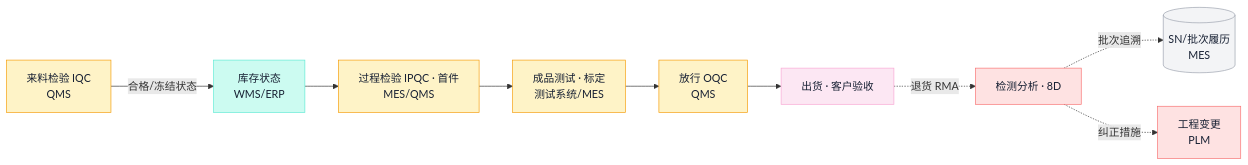
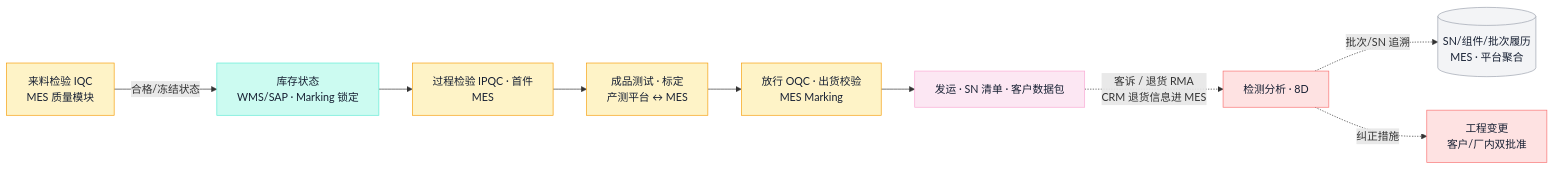
One commit to ink-hz/AI-Manufacturing-Platform changed the seventh of 18 diagrams in docs/manufacturing-system-handbook.md. Above: the diagram before and after it, drawn with Mermaid. The commit also changed other lines of this file and 9 other files, not shown here.

First line of the commit message:
docs: OEM revision of handbook, architecture, flows and design document

````diff
--- a/docs/manufacturing-system-handbook.md
+++ b/docs/manufacturing-system-handbook.md
@@ -242,21 +449,21 @@
 ```mermaid
 flowchart LR
-    IQC[来料检验 IQC<br/>QMS] -->|合格/冻结状态| STK[库存状态<br/>WMS/ERP]
-    STK --> IPQC[过程检验 IPQC · 首件<br/>MES/QMS]
-    IPQC --> FT[成品测试 · 标定<br/>测试系统/MES]
-    FT --> REL[放行 OQC<br/>QMS]
-    REL --> SHIP[出货 · 客户验收]
-    SHIP -.退货 RMA.-> ANA[检测分析 · 8D]
-    ANA -.批次追溯.-> TRACE[(SN/批次履历<br/>MES)]
-    ANA -.纠正措施.-> ECO2[工程变更<br/>PLM]
-    class IQC,IPQC,FT,REL qa
+    IQC2["来料检验 IQC<br/>MES 质量模块"] -->|"合格/冻结状态"| STK["库存状态<br/>WMS/SAP · Marking 锁定"]
+    STK --> IPQC2["过程检验 IPQC · 首件<br/>MES"]
+    IPQC2 --> FT["成品测试 · 标定<br/>产测平台 ↔ MES"]
+    FT --> REL["放行 OQC · 出货校验<br/>MES Marking"]
+    REL --> SHIP["发运 · SN 清单 · 客户数据包"]
+    SHIP -.->|"客诉 / 退货 RMA<br/>CRM 退货信息进 MES"| ANA["检测分析 · 8D"]
+    ANA -.->|"批次/SN 追溯"| TRACE[("SN/组件/批次履历<br/>MES · 平台聚合")]
+    ANA -.->|"纠正措施"| ECN2["工程变更<br/>客户/厂内双批准"]
+    class IQC2,IPQC2,FT,REL qa
     class STK flow
     class SHIP cust
-    class ANA,ECO2 risk
+    class ANA,ECN2 risk
     class TRACE store
     classDef qa fill:#FEF3C7,stroke:#F59E0B,color:#172033;
     classDef flow fill:#CCFBF1,stroke:#5EEAD4,color:#172033;
     classDef cust fill:#FCE7F3,stroke:#F9A8D4,color:#172033;
     classDef risk fill:#FEE2E2,stroke:#F87171,color:#172033;
     classDef store fill:#F3F4F6,stroke:#9CA3AF,color:#172033;
 ```
````
